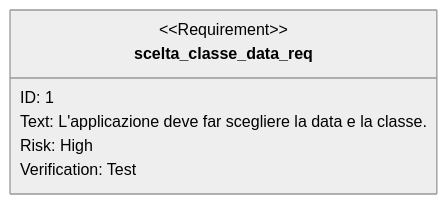
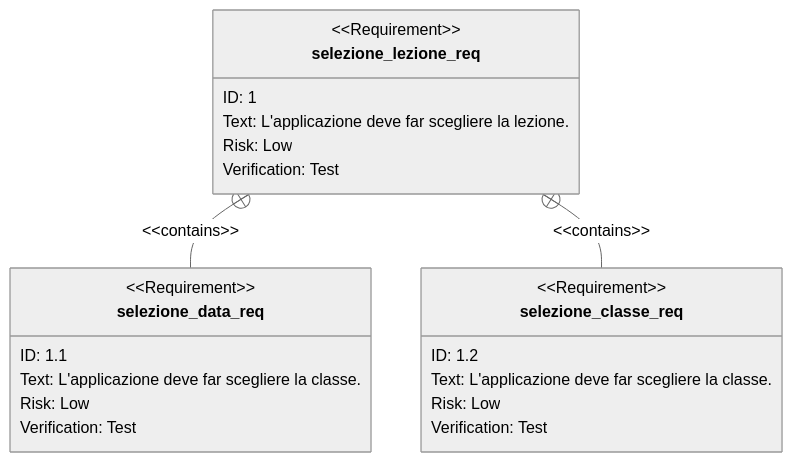
One commit to gionatamassibenincasa/materiale-didattico-per-argomento changed the third of 15 diagrams in analisi-e-progettazione-software/problemi/prove_orali/prove_orali.md. Above: the diagram before and after it, drawn with Mermaid (neutral theme). The commit also changed other lines of this file and 9 other files, not shown here.

Commit message:
Aggiornati diagrammi

````diff
--- a/analisi-e-progettazione-software/problemi/prove_orali/prove_orali.md
+++ b/analisi-e-progettazione-software/problemi/prove_orali/prove_orali.md
@@ -79,10 +140,27 @@
 ```mermaid
 requirementDiagram
 
-requirement scelta_classe_data_req {
+requirement selezione_lezione_req {
     id: 1
-    text: L'applicazione deve far scegliere la data e la classe.
-    risk: high
+    text: L'applicazione deve far scegliere la lezione.
+    risk: low
     verifymethod: test
 }
+
+requirement selezione_data_req {
+    id: 1.1
+    text: L'applicazione deve far scegliere la classe.
+    risk: low
+    verifymethod: test
+}
+
+requirement selezione_classe_req {
+    id: 1.2
+    text: L'applicazione deve far scegliere la classe.
+    risk: low
+    verifymethod: test
+}
+
+selezione_lezione_req - contains -> selezione_data_req
+selezione_lezione_req - contains -> selezione_classe_req
 ```
````
